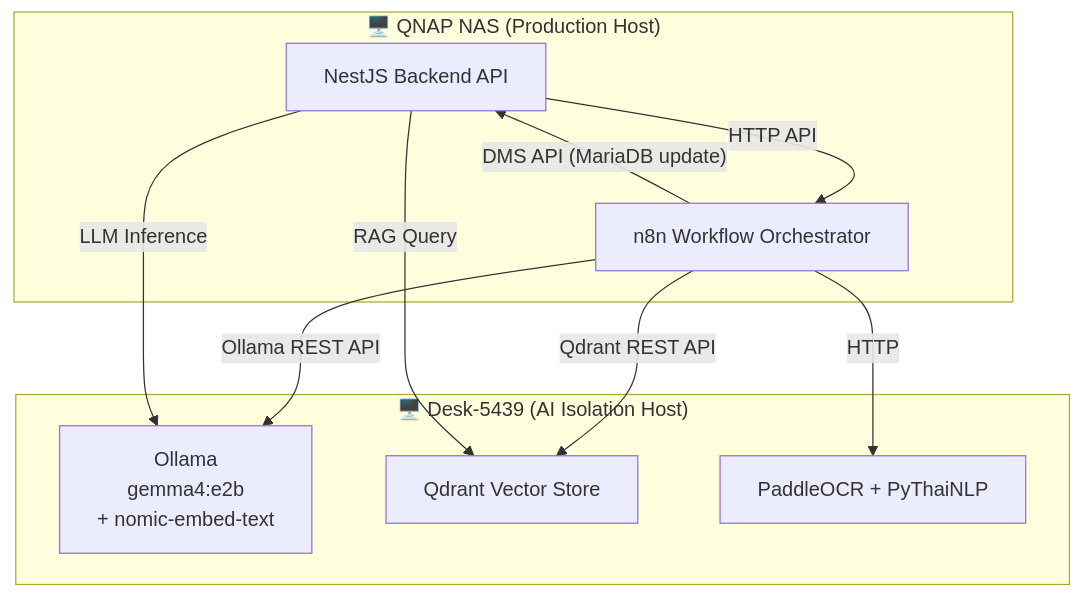
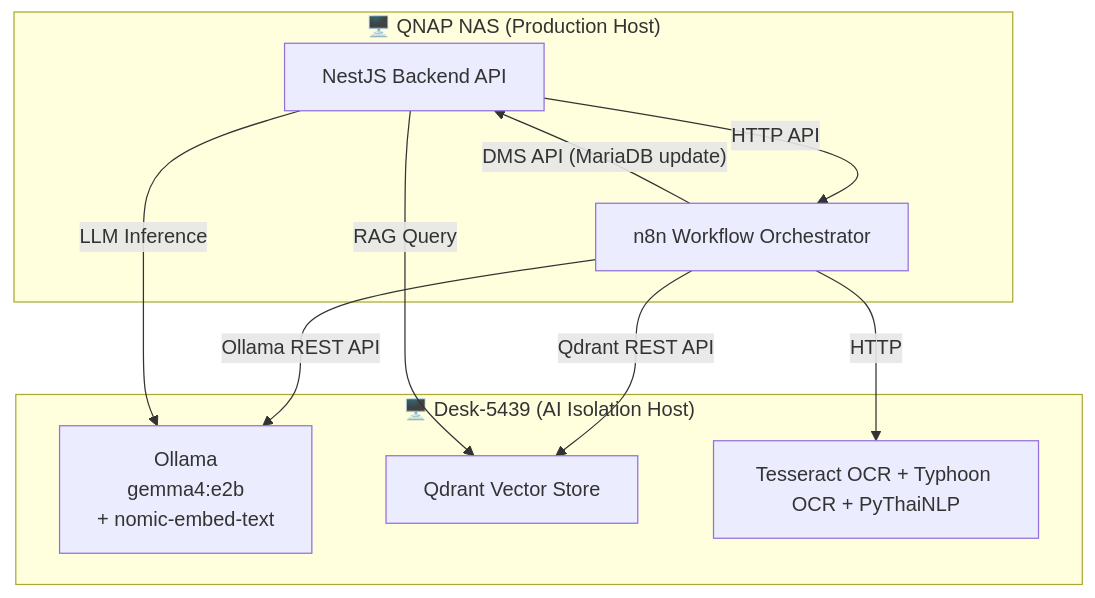
One commit to peancharoen/lcbp3 changed the diagram in specs/06-Decision-Records/ADR-023A-unified-ai-architecture.md. Above: the diagram before and after it, drawn with Mermaid. The commit also changed other lines of this file and 14 other files, not shown here.

````diff
--- a/specs/06-Decision-Records/ADR-023A-unified-ai-architecture.md
+++ b/specs/06-Decision-Records/ADR-023A-unified-ai-architecture.md
@@ -125,21 +125,21 @@
 ```mermaid
 graph TB
     subgraph QNAP["🖥️ QNAP NAS (Production Host)"]
         BE[NestJS Backend API]
         N8N[n8n Workflow Orchestrator]
     end
 
     subgraph DESK["🖥️ Desk-5439 (AI Isolation Host)"]
         OLLAMA["Ollama\ngemma4:e2b\n+ nomic-embed-text"]
         QDRANT[Qdrant Vector Store]
-        NLP[PaddleOCR + PyThaiNLP]
+        NLP[Tesseract OCR + Typhoon OCR + PyThaiNLP]
     end
 
     BE --"HTTP API"--> N8N
     N8N --"Ollama REST API"--> OLLAMA
     N8N --"Qdrant REST API"--> QDRANT
     N8N --"HTTP"--> NLP
     N8N --"DMS API (MariaDB update)"--> BE
     BE --"RAG Query"--> QDRANT
     BE --"LLM Inference"--> OLLAMA
 ```
````
